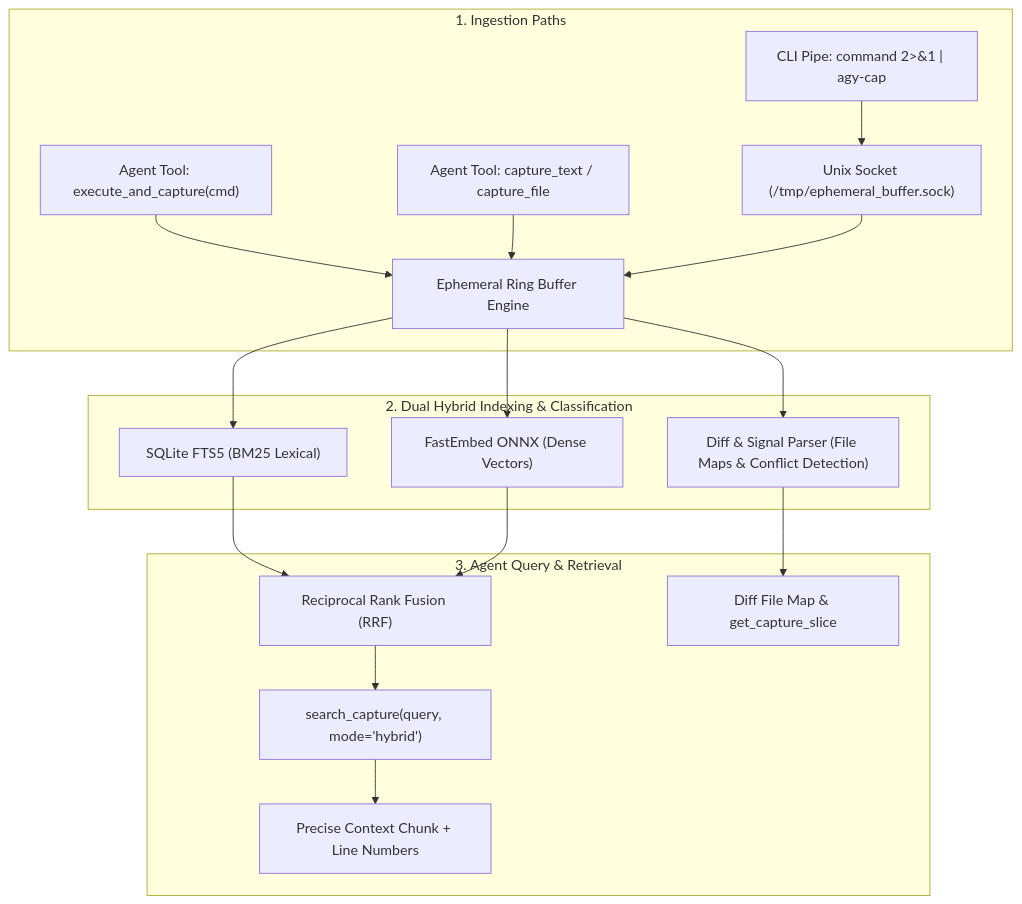
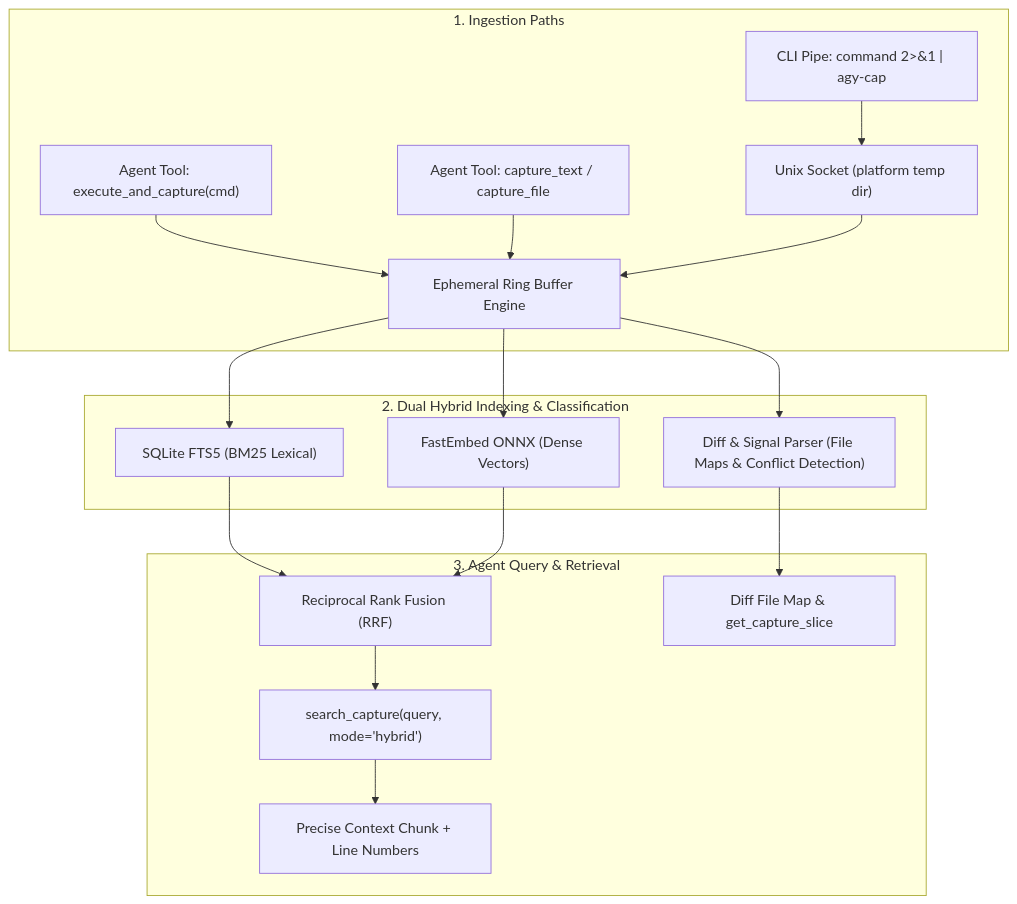
One commit to k-rister/ephemeral-buffer-mcp changed the diagram in README.md. Above: the diagram before and after it, drawn with Mermaid. The commit also changed other lines of this file and 10 other files, not shown here.

````diff
--- a/README.md
+++ b/README.md
@@ -28,22 +28,22 @@
 ```mermaid
 flowchart TD
     subgraph Ingestion["1. Ingestion Paths"]
-        A["CLI Pipe: command 2>&1 | agy-cap"] --> D["Unix Socket (/tmp/ephemeral_buffer.sock)"]
+        A["CLI Pipe: command 2>&1 | agy-cap"] --> D["Unix Socket (platform temp dir)"]
         B["Agent Tool: execute_and_capture(cmd)"] --> E["Ephemeral Ring Buffer Engine"]
         C["Agent Tool: capture_text / capture_file"] --> E
         D --> E
     end
 
     subgraph Indexing["2. Dual Hybrid Indexing & Classification"]
         E --> F["SQLite FTS5 (BM25 Lexical)"]
         E --> G["FastEmbed ONNX (Dense Vectors)"]
         E --> K["Diff & Signal Parser (File Maps & Conflict Detection)"]
     end
 
     subgraph Querying["3. Agent Query & Retrieval"]
         F & G --> H["Reciprocal Rank Fusion (RRF)"]
         H --> I["search_capture(query, mode='hybrid')"]
         K --> L["Diff File Map & get_capture_slice"]
         I --> J["Precise Context Chunk + Line Numbers"]
     end
 ```
````
